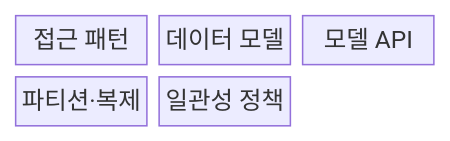
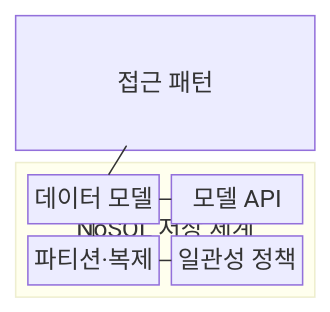
Before and after one commit to agnusdei1207/knowledge-base: the first of 2 diagrams in src/content/docs/notes/03-software/102_nosql_types.md, drawn with Mermaid. The commit also changed other lines of this file and 20 other files, not shown here.

````diff
--- a/src/content/docs/notes/03-software/102_nosql_types.md
+++ b/src/content/docs/notes/03-software/102_nosql_types.md
@@ -56,9 +59,16 @@
 ```mermaid
-block-beta
-  columns 3
+block
+  columns 1
   A["접근 패턴"]
-  M["데이터 모델"]
-  I["모델 API"]
-  P["파티션·복제"]
-  C["일관성 정책"]
+  block:N["NoSQL 저장 체계"]
+    columns 2
+    M["데이터 모델"]
+    I["모델 API"]
+    P["파티션·복제"]
+    C["일관성 정책"]
+  end
+  A --- M
+  M --- I
+  M --- P
+  P --- C
 ```
````
